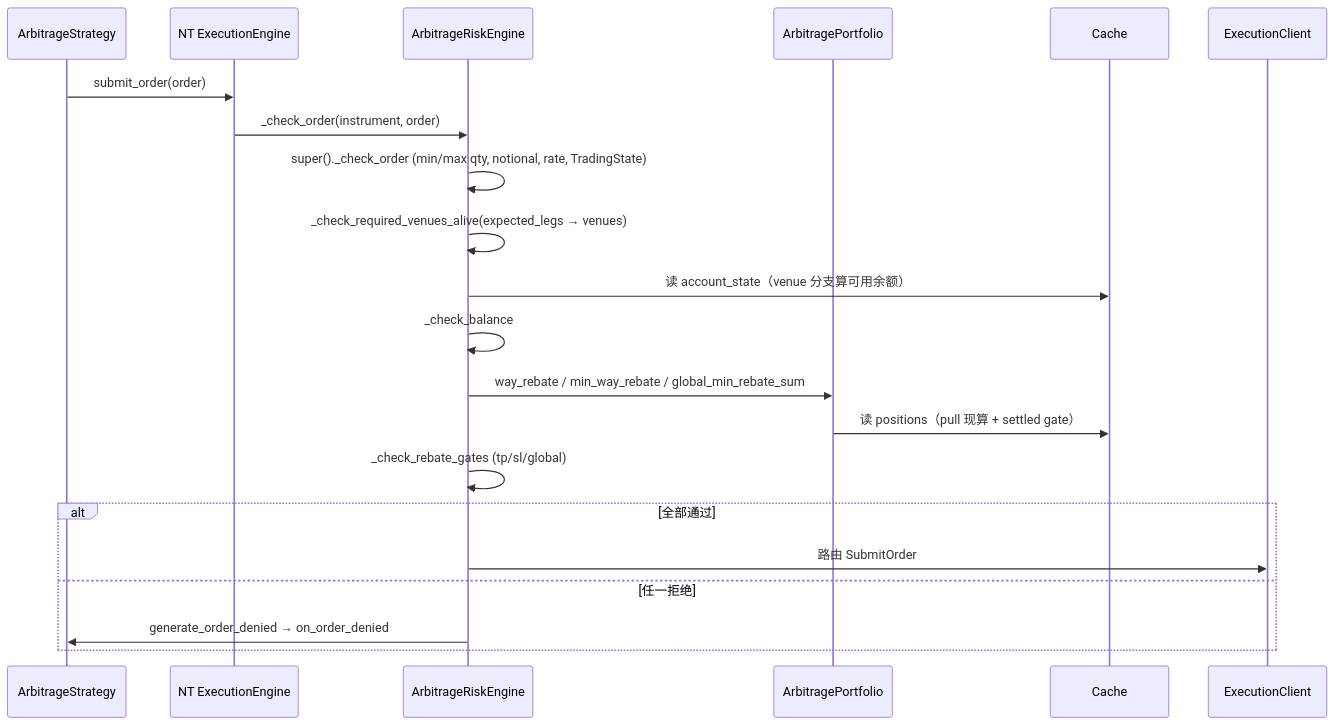
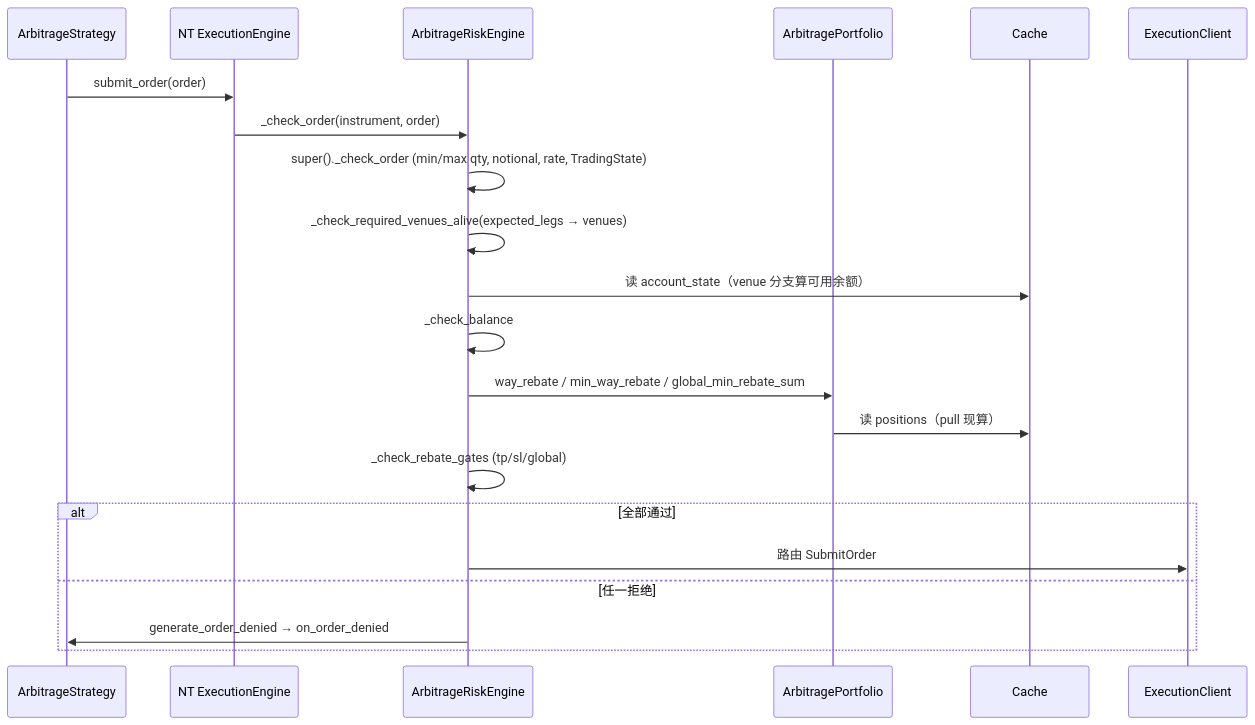
Before and after one commit to psnewer/nautilus_trader: the third of 3 diagrams in docs/arbitrage/architectures/risk/architecture.md, drawn with Mermaid. The commit also changed other lines of this file and 57 other files, not shown here.

````diff
--- a/docs/arbitrage/architectures/risk/architecture.md
+++ b/docs/arbitrage/architectures/risk/architecture.md
@@ -267,24 +267,24 @@
 ```mermaid
 sequenceDiagram
   participant ST as ArbitrageStrategy
   participant EE as NT ExecutionEngine
   participant RE as ArbitrageRiskEngine
   participant AP as ArbitragePortfolio
   participant C as Cache
   participant EC as ExecutionClient
 
   ST->>EE: submit_order(order)
   EE->>RE: _check_order(instrument, order)
   RE->>RE: super()._check_order  (min/max qty, notional, rate, TradingState)
   RE->>RE: _check_required_venues_alive(expected_legs → venues)
   RE->>C: 读 account_state（venue 分支算可用余额）
   RE->>RE: _check_balance
   RE->>AP: way_rebate / min_way_rebate / global_min_rebate_sum
-  AP->>C: 读 positions（pull 现算 + settled gate）
+  AP->>C: 读 positions（pull 现算）
   RE->>RE: _check_rebate_gates (tp/sl/global)
   alt 全部通过
     RE->>EC: 路由 SubmitOrder
   else 任一拒绝
     RE->>ST: generate_order_denied → on_order_denied
   end
 ```
````
